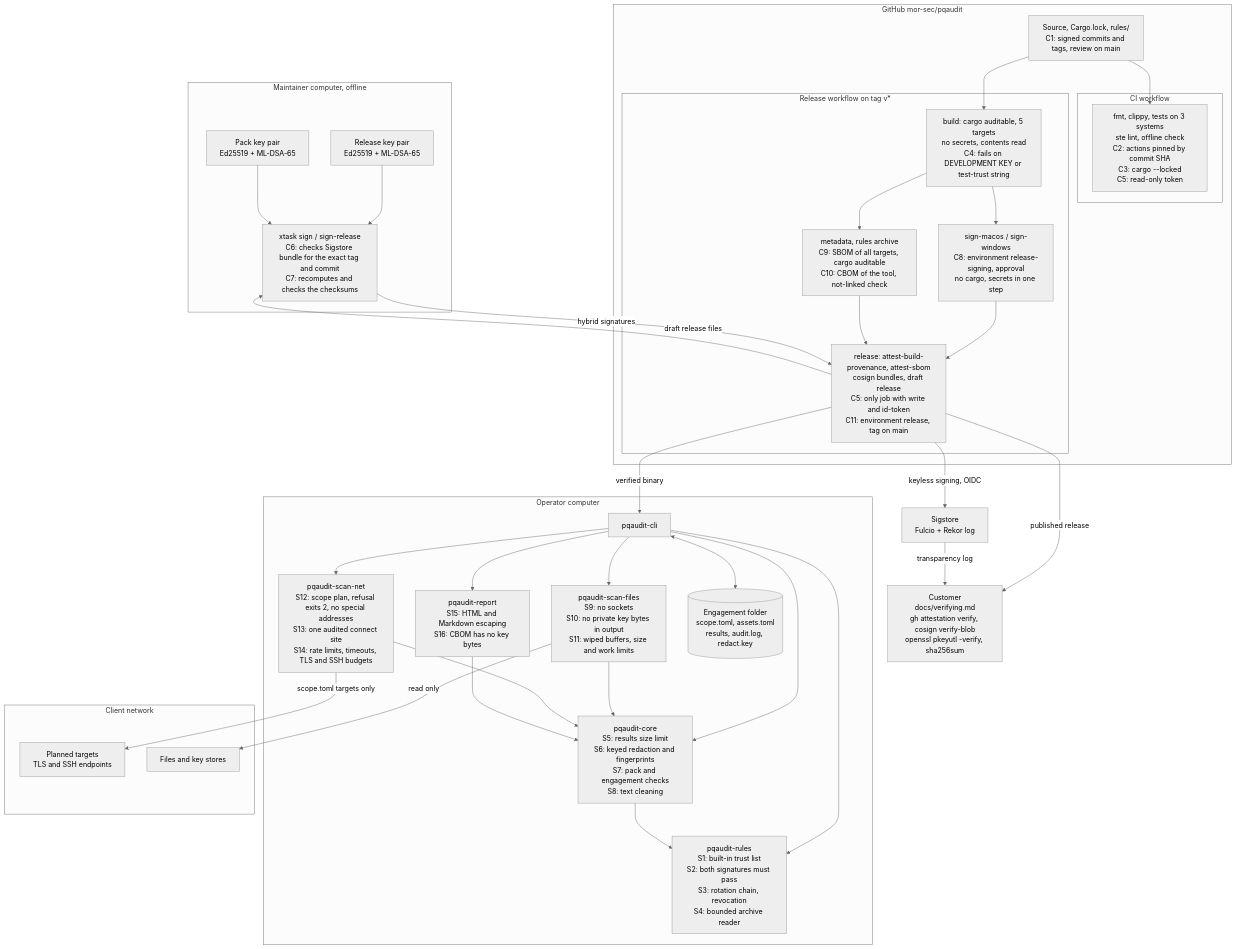
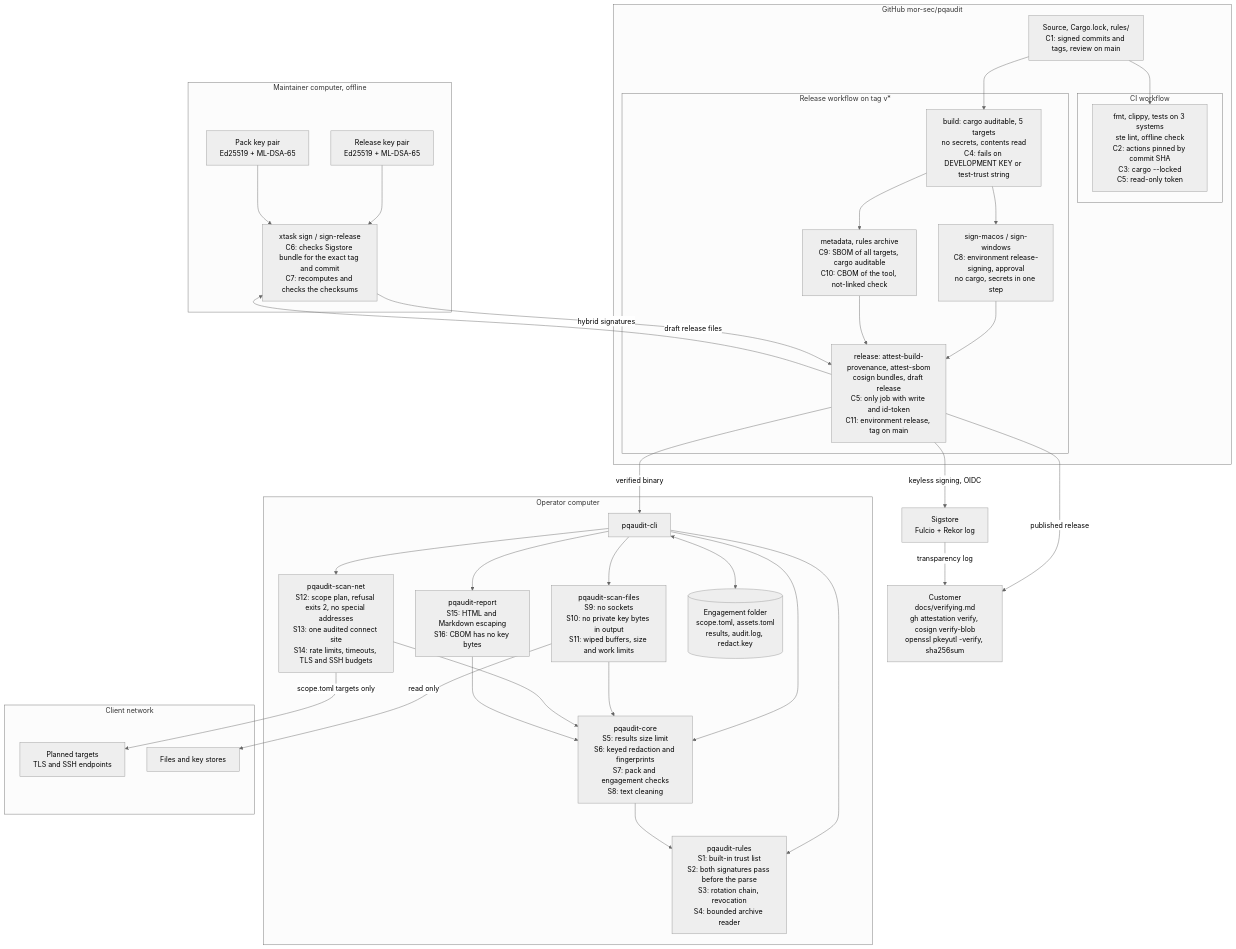
The diagram in docs/architecture.md (mor-sec/pqaudit), drawn with Mermaid (neutral theme) before and after one commit. The commit also changed other lines of this file and 4 other files, not shown here.

````diff
--- a/docs/architecture.md
+++ b/docs/architecture.md
@@ -44,67 +44,67 @@
 ```mermaid
 flowchart TB
     subgraph MAINT["Maintainer computer, offline"]
         PK["Pack key pair<br/>Ed25519 + ML-DSA-65"]
         RK["Release key pair<br/>Ed25519 + ML-DSA-65"]
         SIGN["xtask sign / sign-release<br/>C6: checks Sigstore bundle for the exact tag and commit<br/>C7: recomputes and checks the checksums"]
     end
 
     subgraph GH["GitHub mor-sec/pqaudit"]
         SRC["Source, Cargo.lock, rules/<br/>C1: signed commits and tags, review on main"]
         subgraph CI["CI workflow"]
             CHK["fmt, clippy, tests on 3 systems<br/>ste lint, offline check<br/>C2: actions pinned by commit SHA<br/>C3: cargo --locked<br/>C5: read-only token"]
         end
         subgraph REL["Release workflow on tag v*"]
             BUILD["build: cargo auditable, 5 targets<br/>no secrets, contents read<br/>C4: fails on DEVELOPMENT KEY or test-trust string"]
             SGN["sign-macos / sign-windows<br/>C8: environment release-signing, approval<br/>no cargo, secrets in one step"]
             META["metadata, rules archive<br/>C9: SBOM of all targets, cargo auditable<br/>C10: CBOM of the tool, not-linked check"]
             PUB["release: attest-build-provenance, attest-sbom<br/>cosign bundles, draft release<br/>C5: only job with write and id-token<br/>C11: environment release, tag on main"]
         end
     end
 
     SIG["Sigstore<br/>Fulcio + Rekor log"]
     USER["Customer<br/>docs/verifying.md<br/>gh attestation verify, cosign verify-blob<br/>openssl pkeyutl -verify, sha256sum"]
 
     subgraph OP["Operator computer"]
         CLI["pqaudit-cli"]
-        RULES["pqaudit-rules<br/>S1: built-in trust list<br/>S2: both signatures must pass<br/>S3: rotation chain, revocation<br/>S4: bounded archive reader"]
+        RULES["pqaudit-rules<br/>S1: built-in trust list<br/>S2: both signatures pass before the parse<br/>S3: rotation chain, revocation<br/>S4: bounded archive reader"]
         CORE["pqaudit-core<br/>S5: results size limit<br/>S6: keyed redaction and fingerprints<br/>S7: pack and engagement checks<br/>S8: text cleaning"]
         FILES["pqaudit-scan-files<br/>S9: no sockets<br/>S10: no private key bytes in output<br/>S11: wiped buffers, size and work limits"]
         NET["pqaudit-scan-net<br/>S12: scope plan, refusal exits 2, no special addresses<br/>S13: one audited connect site<br/>S14: rate limits, timeouts, TLS and SSH budgets"]
         REP["pqaudit-report<br/>S15: HTML and Markdown escaping<br/>S16: CBOM has no key bytes"]
         ENG[("Engagement folder<br/>scope.toml, assets.toml<br/>results, audit.log, redact.key")]
     end
 
     subgraph CLIENT["Client network"]
         TGT["Planned targets<br/>TLS and SSH endpoints"]
         DISK["Files and key stores"]
     end
 
     SRC --> CHK
     SRC --> BUILD
     BUILD --> SGN
     BUILD --> META
     SGN --> PUB
     META --> PUB
     PUB -- "keyless signing, OIDC" --> SIG
     PUB -- "draft release files" --> SIGN
     RK --> SIGN
     PK --> SIGN
     SIGN -- "hybrid signatures" --> PUB
     PUB -- "published release" --> USER
     SIG -- "transparency log" --> USER
     PUB -- "verified binary" --> CLI
 
     CLI --> RULES
     CLI --> FILES
     CLI --> NET
     CLI --> CORE
     CLI --> REP
     FILES --> CORE
     NET --> CORE
     REP --> CORE
     CORE --> RULES
     CLI <--> ENG
     FILES -- "read only" --> DISK
     NET -- "scope.toml targets only" --> TGT
 ```
````
